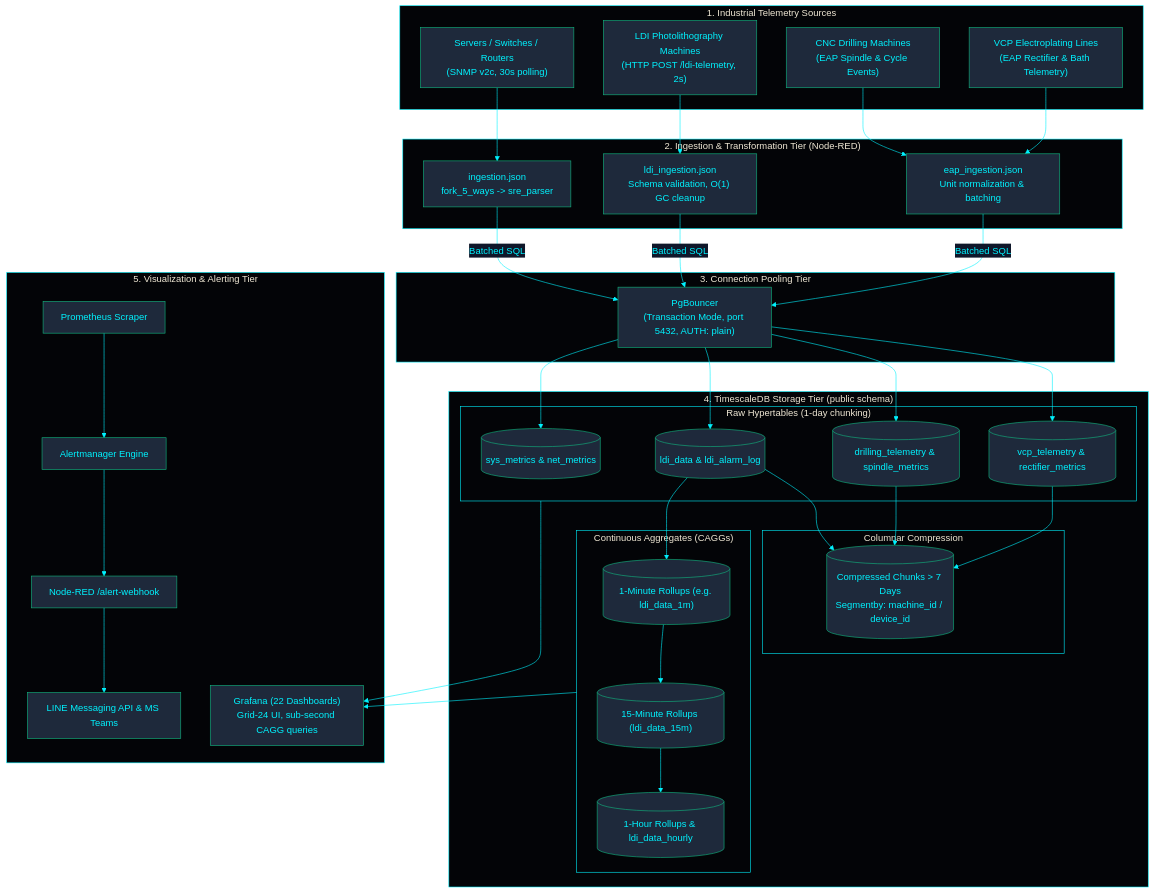
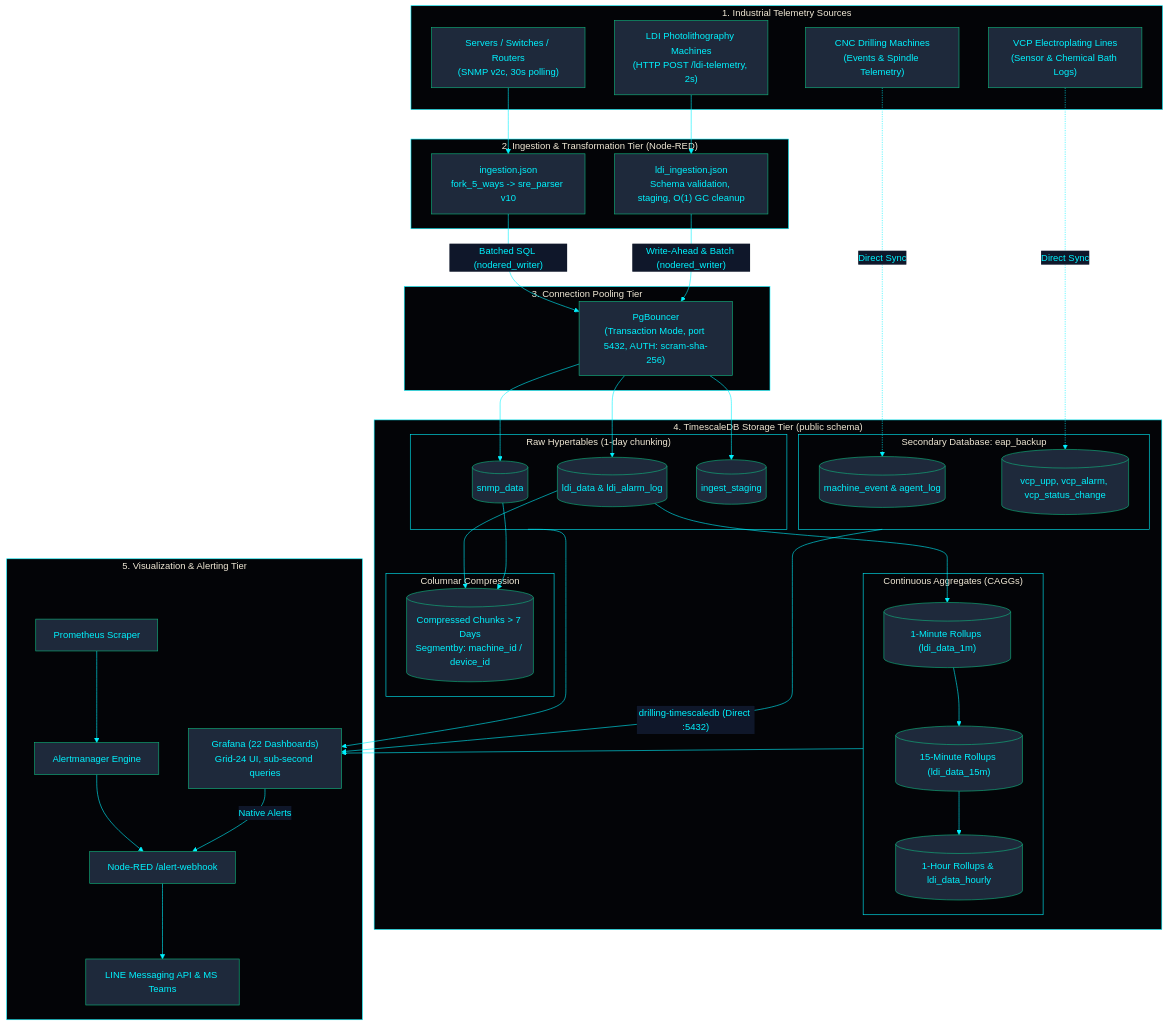
Before and after one commit to PATTANAKORN025/IMS: the first of 3 diagrams in docs/architecture/DATA_FLOW.md, drawn with Mermaid. The commit also changed 36 other files, not shown here.

First line of the commit message:
fix(docs): reconcile 115 mermaid diagrams with architecture across 3 languages

````diff
--- a/docs/architecture/DATA_FLOW.md
+++ b/docs/architecture/DATA_FLOW.md
@@ -28,78 +28,69 @@
 ```mermaid
 %%{init: {'theme': 'base', 'themeVariables': { 'primaryColor': '#1e293b', 'primaryTextColor': '#00F2FE', 'primaryBorderColor': '#10B981', 'lineColor': '#00F2FE', 'secondaryColor': '#0f172a', 'tertiaryColor': '#0f172a', 'clusterBkg': '#030407', 'clusterBorder': '#00F2FE'}}}%%
 flowchart TB
   subgraph SOURCES["1. Industrial Telemetry Sources"]
-    SNMP_DEV["Servers / Switches / Routers
-(SNMP v2c, 30s polling)"]
-    LDI_DEV["LDI Photolithography Machines
-(HTTP POST /ldi-telemetry, 2s)"]
-    DRL_DEV["CNC Drilling Machines
-(EAP Spindle & Cycle Events)"]
-    VCP_DEV["VCP Electroplating Lines
-(EAP Rectifier & Bath Telemetry)"]
+    SNMP_DEV["Servers / Switches / Routers\n(SNMP v2c, 30s polling)"]
+    LDI_DEV["LDI Photolithography Machines\n(HTTP POST /ldi-telemetry, 2s)"]
+    DRL_DEV["CNC Drilling Machines\n(Events & Spindle Telemetry)"]
+    VCP_DEV["VCP Electroplating Lines\n(Sensor & Chemical Bath Logs)"]
   end
 
   subgraph INGESTION["2. Ingestion & Transformation Tier (Node-RED)"]
-    NR_INFRA["ingestion.json
-fork_5_ways -> sre_parser"]
-    NR_LDI["ldi_ingestion.json
-Schema validation, O(1) GC cleanup"]
-    NR_EAP["eap_ingestion.json
-Unit normalization & batching"]
+    NR_INFRA["ingestion.json\nfork_5_ways -> sre_parser v10"]
+    NR_LDI["ldi_ingestion.json\nSchema validation, staging, O(1) GC cleanup"]
   end
 
   subgraph POOL["3. Connection Pooling Tier"]
-    PGB["PgBouncer
-(Transaction Mode, port 5432, AUTH: plain)"]
+    PGB["PgBouncer\n(Transaction Mode, port 5432, AUTH: scram-sha-256)"]
   end
 
   subgraph STORAGE["4. TimescaleDB Storage Tier (public schema)"]
     subgraph HYPER["Raw Hypertables (1-day chunking)"]
-      HT_SYS[("sys_metrics & net_metrics")]
+      HT_SYS[("snmp_data")]
       HT_LDI[("ldi_data & ldi_alarm_log")]
-      HT_DRL[("drilling_telemetry & spindle_metrics")]
-      HT_VCP[("vcp_telemetry & rectifier_metrics")]
+      HT_STG[("ingest_staging")]
+    end
+    subgraph EAP_DB["Secondary Database: eap_backup"]
+      EAP_DRL[("machine_event & agent_log")]
+      EAP_VCP[("vcp_upp, vcp_alarm, vcp_status_change")]
     end
     subgraph CAGGS["Continuous Aggregates (CAGGs)"]
-      CAGG_1M[("1-Minute Rollups (e.g. ldi_data_1m)")]
+      CAGG_1M[("1-Minute Rollups (ldi_data_1m)")]
       CAGG_15M[("15-Minute Rollups (ldi_data_15m)")]
       CAGG_1H[("1-Hour Rollups & ldi_data_hourly")]
     end
     subgraph COMPRESS["Columnar Compression"]
-      COL[("Compressed Chunks > 7 Days
-Segmentby: machine_id / device_id")]
+      COL[("Compressed Chunks > 7 Days\nSegmentby: machine_id / device_id")]
     end
   end
 
   subgraph DISPATCH["5. Visualization & Alerting Tier"]
-    GRAF["Grafana (22 Dashboards)
-Grid-24 UI, sub-second CAGG queries"]
+    GRAF["Grafana (22 Dashboards)\nGrid-24 UI, sub-second queries"]
     PROM["Prometheus Scraper"]
     AM["Alertmanager Engine"]
     WH["Node-RED /alert-webhook"]
     NOTIF["LINE Messaging API & MS Teams"]
   end
 
   SNMP_DEV --> NR_INFRA
   LDI_DEV --> NR_LDI
-  DRL_DEV --> NR_EAP
-  VCP_DEV --> NR_EAP
+  DRL_DEV -.->|"Direct Sync"| EAP_DRL
+  VCP_DEV -.->|"Direct Sync"| EAP_VCP
 
-  NR_INFRA -->|Batched SQL| PGB
-  NR_LDI -->|Batched SQL| PGB
-  NR_EAP -->|Batched SQL| PGB
+  NR_INFRA -->|"Batched SQL (nodered_writer)"| PGB
+  NR_LDI -->|"Write-Ahead & Batch (nodered_writer)"| PGB
 
   PGB --> HT_SYS
   PGB --> HT_LDI
-  PGB --> HT_DRL
-  PGB --> HT_VCP
+  PGB --> HT_STG
 
   HT_LDI --> CAGG_1M --> CAGG_15M --> CAGG_1H
   HT_LDI --> COL
-  HT_DRL --> COL
-  HT_VCP --> COL
+  HT_SYS --> COL
 
   CAGGS --> GRAF
   HYPER --> GRAF
+  EAP_DB -->|"drilling-timescaledb (Direct :5432)"| GRAF
   PROM --> AM --> WH --> NOTIF
+  GRAF -->|"Native Alerts"| WH
 ```
````
